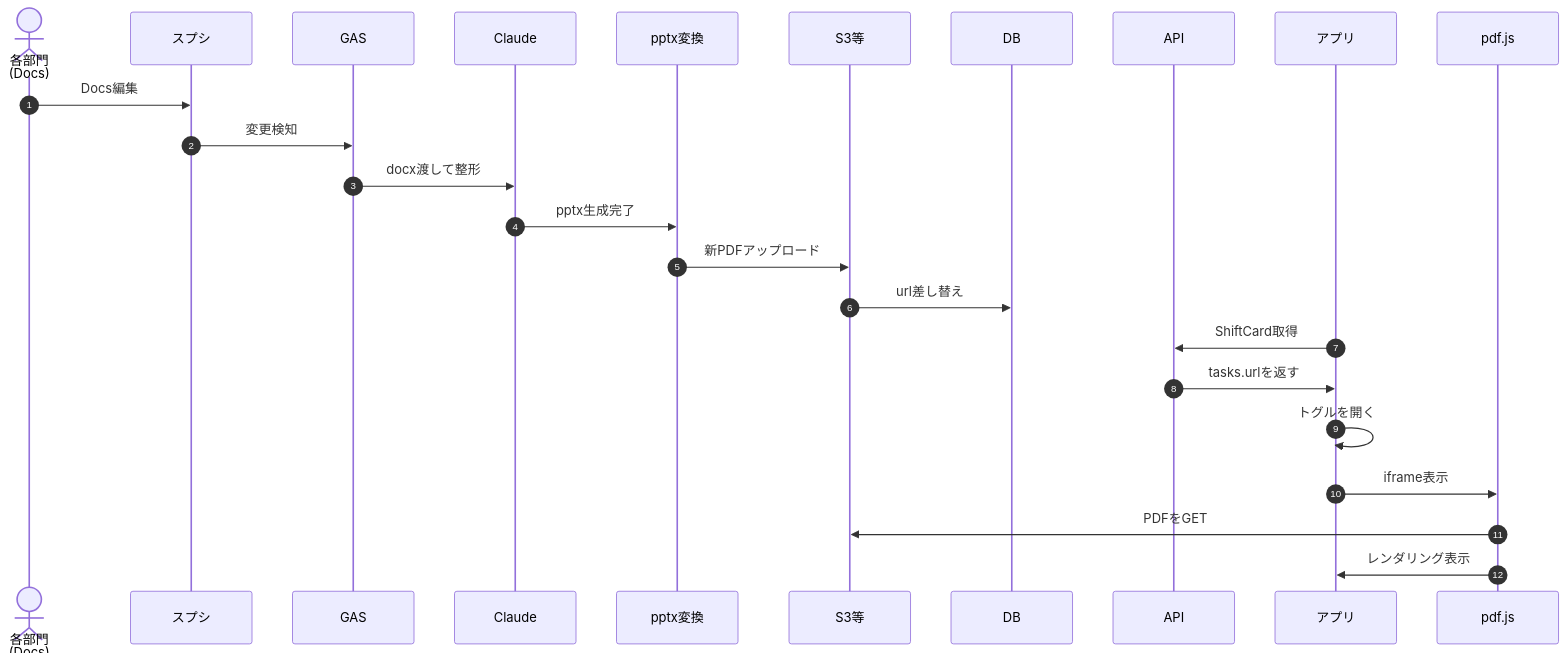
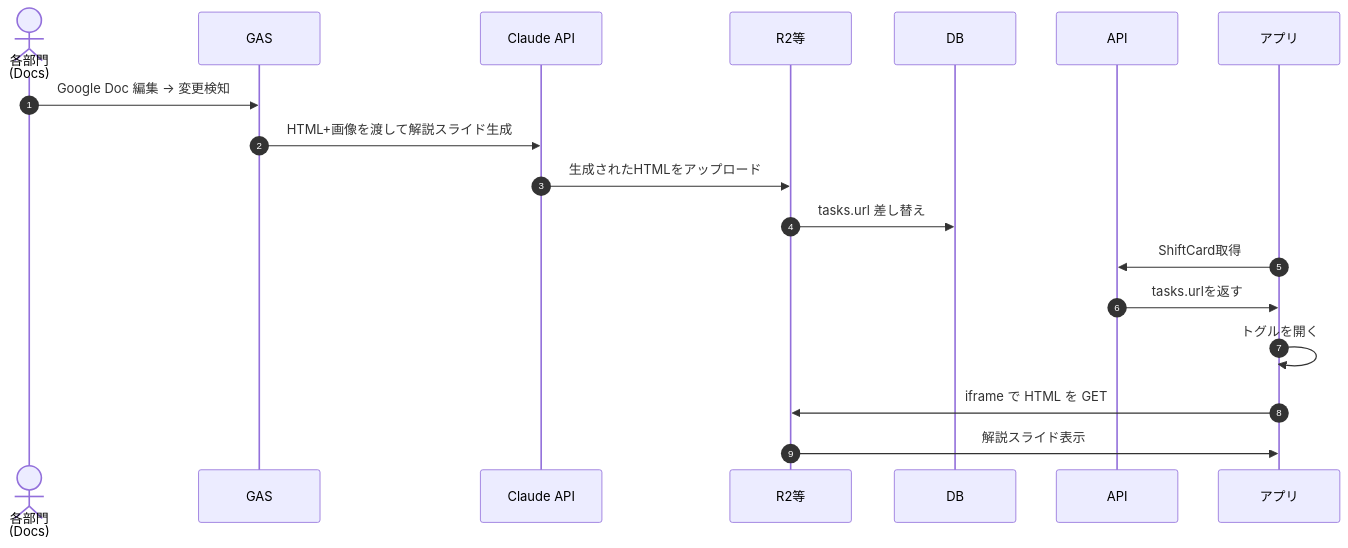
One commit to NUTFes/SeeFT changed the second of 3 diagrams in .claude/manual-viewer-internal-architecture.md. Above: the diagram before and after it, drawn with Mermaid. The commit also changed other lines of this file and 4 other files, not shown here.

````diff
--- a/.claude/manual-viewer-internal-architecture.md
+++ b/.claude/manual-viewer-internal-architecture.md
@@ -117,28 +134,21 @@
 ```mermaid
 sequenceDiagram
     autonumber
-    %% 肩幅を狭くするためにエイリアスを活用
     actor A as 各部門<br/>(Docs)
-    participant S as スプシ
     participant G as GAS
-    participant C as Claude
-    participant Cv as pptx変換
-    participant St as S3等
+    participant C as Claude API
+    participant St as R2等
     participant DB as DB
     participant API as API
     participant M as アプリ
-    participant P as pdf.js
 
-    A->>S: Docs編集
-    S->>G: 変更検知
-    G->>C: docx渡して整形
-    C->>Cv: pptx生成完了
-    Cv->>St: 新PDFアップロード
-    St->>DB: url差し替え
+    A->>G: Google Doc 編集 → 変更検知
+    G->>C: HTML+画像を渡して解説スライド生成
+    C->>St: 生成されたHTMLをアップロード
+    St->>DB: tasks.url 差し替え
     M->>API: ShiftCard取得
     API->>M: tasks.urlを返す
     M->>M: トグルを開く
-    M->>P: iframe表示
-    P->>St: PDFをGET
-    P->>M: レンダリング表示
+    M->>St: iframe で HTML を GET
+    St->>M: 解説スライド表示
 ```
````
